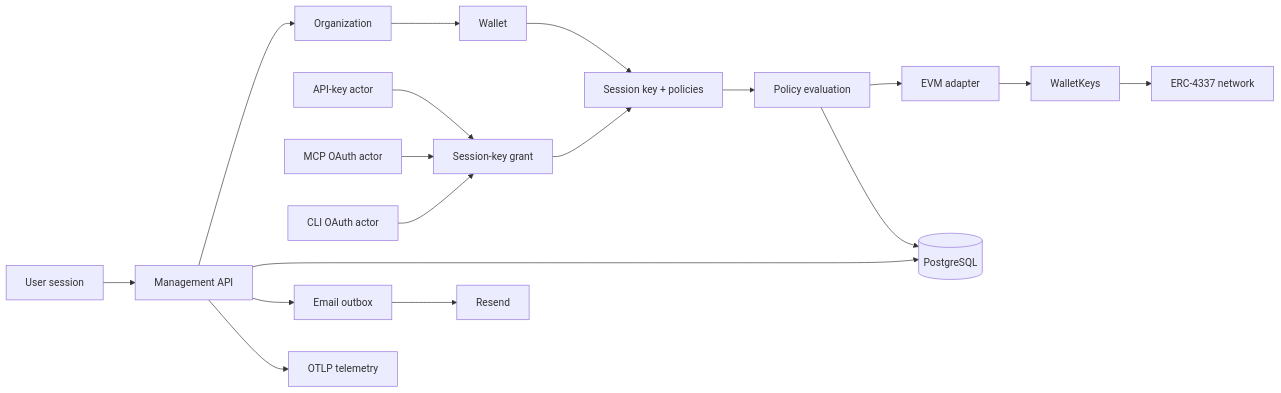
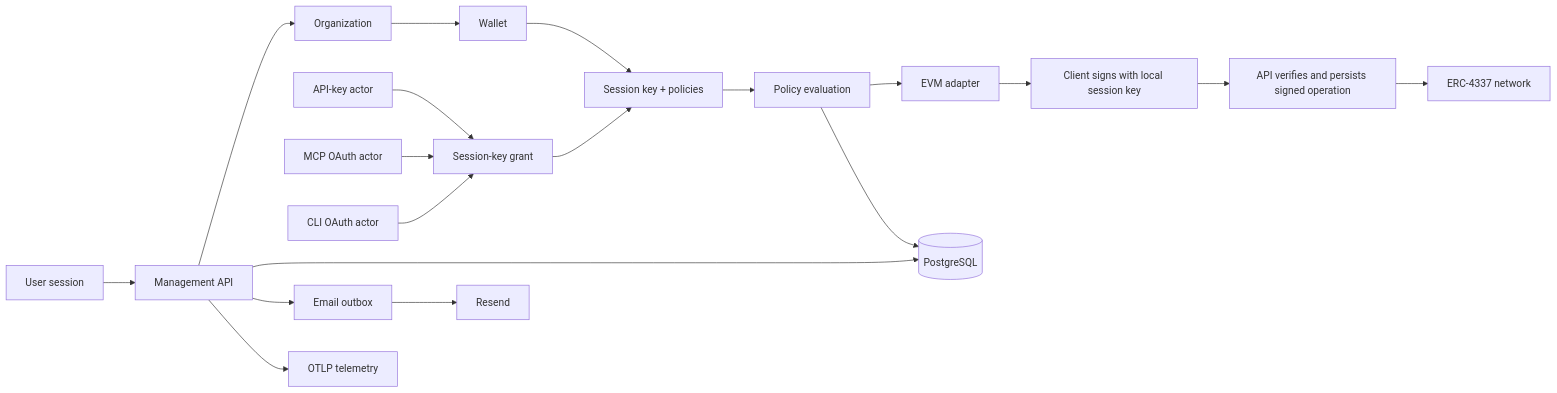
One commit to thenamespace/namera changed the diagram in architecture/README.md. Above: the diagram before and after it, drawn with Mermaid. The commit also changed other lines of this file and 63 other files, not shown here.

Commit message:
docs: align architecture with current runtime

````diff
--- a/architecture/README.md
+++ b/architecture/README.md
@@ -17,23 +17,24 @@
 ```mermaid
 flowchart LR
   User[User session] --> Management[Management API]
   Management --> Org[Organization]
   Org --> Wallet[Wallet]
   Wallet --> SessionKey[Session key + policies]
 
   ApiKey[API-key actor] --> Grant[Session-key grant]
   MCP[MCP OAuth actor] --> Grant
   CLI[CLI OAuth actor] --> Grant
   Grant --> SessionKey
 
   SessionKey --> Policy[Policy evaluation]
   Policy --> EVM[EVM adapter]
-  EVM --> Key[WalletKeys]
-  Key --> Chain[ERC-4337 network]
+  EVM --> Local[Client signs with local session key]
+  Local --> Complete[API verifies and persists signed operation]
+  Complete --> Chain[ERC-4337 network]
 
   Management --> Postgres[(PostgreSQL)]
   Policy --> Postgres
   Management --> Outbox[Email outbox]
   Outbox --> Resend[Resend]
   Management --> OTLP[OTLP telemetry]
 ```
````
